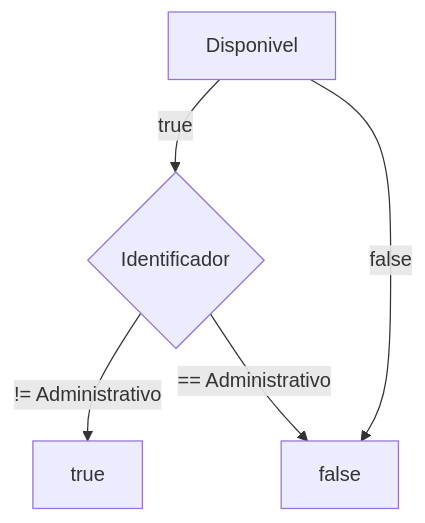
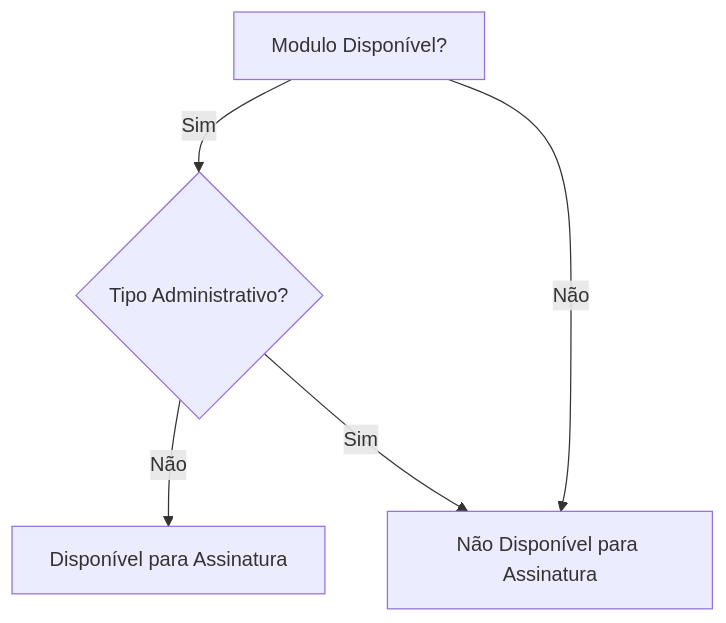
The first of 3 diagrams in docs/b2b-dominio/IsthmusWinthor.Nucleo/IsthmusWinthor.Dominio/Entidades/ModuloIsthmus.md (IsthmusSistemas/documentacao-tecnica), drawn with Mermaid before and after one commit. The commit also changed other lines of this file and 882 other files, not shown here.

````diff
--- a/docs/b2b-dominio/IsthmusWinthor.Nucleo/IsthmusWinthor.Dominio/Entidades/ModuloIsthmus.md
+++ b/docs/b2b-dominio/IsthmusWinthor.Nucleo/IsthmusWinthor.Dominio/Entidades/ModuloIsthmus.md
@@ -17,7 +16,7 @@
-```mermaid
-flowchart TD
-    A[Disponivel] -->|true| B{Identificador}
-    B -->|!= Administrativo| C[true]
-    B -->|== Administrativo| D[false]
-    A -->|false| D[false]
-```
+  ```mermaid
+  flowchart TD
+      A[Modulo Disponível?] -->|Sim| B{Tipo Administrativo?}
+      B -->|Não| C[Disponível para Assinatura]
+      B -->|Sim| D[Não Disponível para Assinatura]
+      A -->|Não| D
+  ```
````
